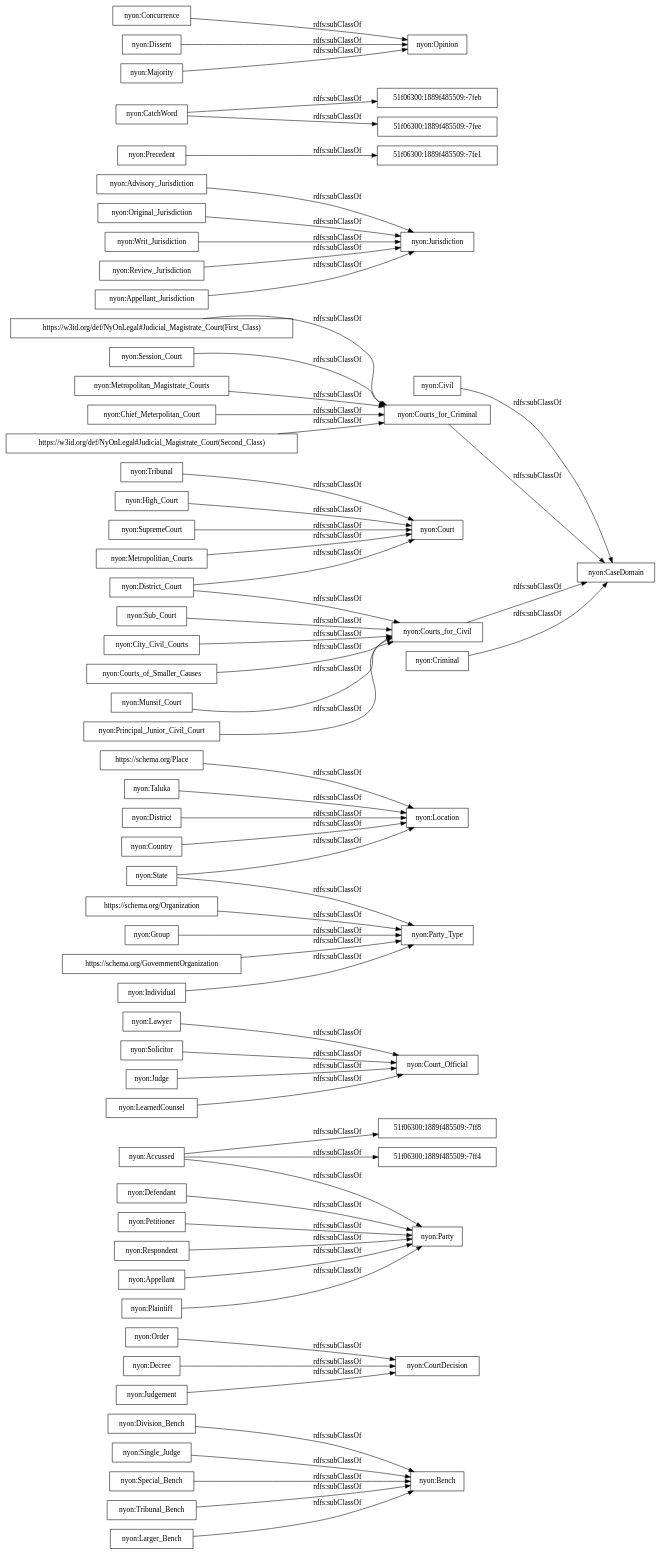
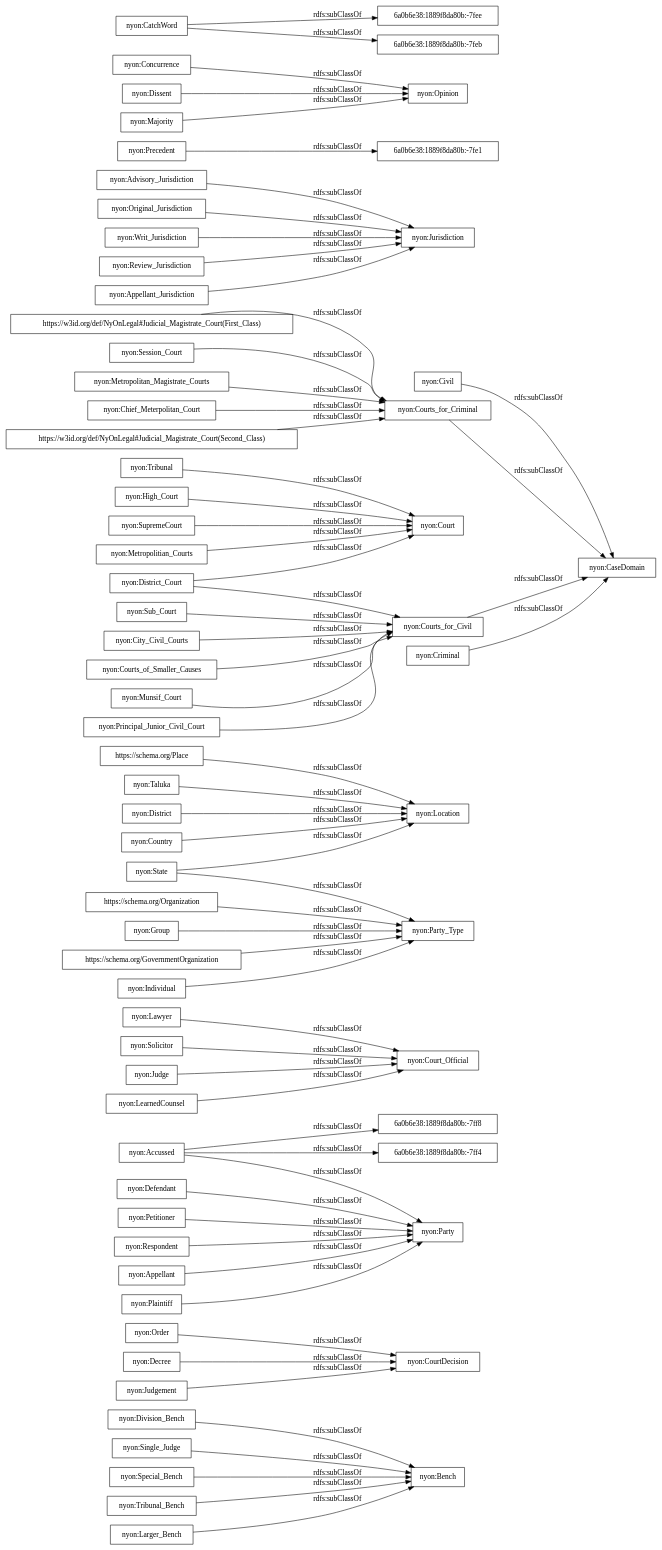
The diagram in OnToology/NyOn.owl/diagrams/ar2dtool-taxonomy/NyOn.owl.png.dot (ahmad88me/NyOn), drawn with Graphviz before and after one commit. The commit also changed 11 other files, not shown here.

```diff
--- a/OnToology/NyOn.owl/diagrams/ar2dtool-taxonomy/NyOn.owl.png.dot
+++ b/OnToology/NyOn.owl/diagrams/ar2dtool-taxonomy/NyOn.owl.png.dot
@@ -1,67 +1,67 @@
 digraph ar2dtool_diagram { 
 rankdir=LR;
 size="1000"
-node [shape = rectangle, color="black"]; "nyon:Division_Bench" "nyon:Order" "nyon:Decree" "nyon:Bench" "nyon:Party" "nyon:Defendant" "nyon:Lawyer" "https://schema.org/Place" "nyon:Accussed" "nyon:Civil" "nyon:Taluka" "nyon:Principal_Junior_Civil_Court" "nyon:Solicitor" "nyon:Advisory_Jurisdiction" "nyon:Single_Judge" "nyon:Session_Court" "nyon:Metropolitan_Magistrate_Courts" "nyon:District_Court" "nyon:Chief_Meterpolitan_Court" "nyon:Original_Jurisdiction" "nyon:Court_Official" "nyon:Precedent" "51f06300:1889f485509:-7feb" "nyon:Court" "nyon:High_Court" "https://w3id.org/def/NyOnLegal#Judicial_Magistrate_Court(Second_Class)" "nyon:State" "nyon:Concurrence" "nyon:Courts_for_Criminal" "nyon:Courts_for_Civil" "51f06300:1889f485509:-7fee" "nyon:Writ_Jurisdiction" "nyon:Location" "nyon:District" "nyon:Review_Jurisdiction" "nyon:SupremeCourt" "nyon:City_Civil_Courts" "nyon:Special_Bench" "nyon:Appellant_Jurisdiction" "nyon:Individual" "nyon:Opinion" "nyon:Judge" "nyon:Courts_of_Smaller_Causes" "nyon:Judgement" "nyon:LearnedCounsel" "nyon:Tribunal_Bench" "nyon:Jurisdiction" "51f06300:1889f485509:-7fe1" "https://schema.org/Organization" "nyon:Metropolitian_Courts" "nyon:Criminal" "nyon:Group" "nyon:Appellant" "nyon:Munsif_Court" "nyon:CatchWord" "nyon:Dissent" "nyon:Party_Type" "nyon:Plaintiff" "nyon:Country" "nyon:CourtDecision" "nyon:Tribunal" "nyon:Majority" "nyon:Petitioner" "nyon:CaseDomain" "nyon:Sub_Court" "51f06300:1889f485509:-7ff4" "https://schema.org/GovernmentOrganization" "nyon:Larger_Bench" "51f06300:1889f485509:-7ff8" "https://w3id.org/def/NyOnLegal#Judicial_Magistrate_Court(First_Class)" "nyon:Respondent" ; /*classes style*/
+node [shape = rectangle, color="black"]; "nyon:Division_Bench" "nyon:Order" "nyon:Decree" "nyon:Bench" "nyon:Party" "nyon:Defendant" "nyon:Lawyer" "https://schema.org/Place" "nyon:Accussed" "nyon:Civil" "nyon:Taluka" "nyon:Principal_Junior_Civil_Court" "nyon:Solicitor" "nyon:Advisory_Jurisdiction" "nyon:Single_Judge" "nyon:Session_Court" "nyon:Metropolitan_Magistrate_Courts" "nyon:District_Court" "nyon:Chief_Meterpolitan_Court" "nyon:Original_Jurisdiction" "nyon:Court_Official" "nyon:Precedent" "nyon:Court" "nyon:High_Court" "https://w3id.org/def/NyOnLegal#Judicial_Magistrate_Court(Second_Class)" "nyon:State" "nyon:Concurrence" "nyon:Courts_for_Criminal" "6a0b6e38:1889f8da80b:-7fee" "nyon:Courts_for_Civil" "6a0b6e38:1889f8da80b:-7ff4" "nyon:Writ_Jurisdiction" "nyon:Location" "nyon:District" "nyon:Review_Jurisdiction" "nyon:City_Civil_Courts" "nyon:Appellant_Jurisdiction" "nyon:SupremeCourt" "nyon:Special_Bench" "nyon:Individual" "nyon:Opinion" "nyon:Judge" "nyon:Courts_of_Smaller_Causes" "nyon:Judgement" "nyon:LearnedCounsel" "nyon:Tribunal_Bench" "nyon:Jurisdiction" "https://schema.org/Organization" "nyon:Metropolitian_Courts" "nyon:Criminal" "nyon:Group" "nyon:Appellant" "nyon:Munsif_Court" "nyon:CatchWord" "6a0b6e38:1889f8da80b:-7fe1" "nyon:Dissent" "nyon:Party_Type" "nyon:Plaintiff" "nyon:Country" "nyon:CourtDecision" "6a0b6e38:1889f8da80b:-7ff8" "nyon:Tribunal" "nyon:Majority" "nyon:Petitioner" "nyon:CaseDomain" "nyon:Sub_Court" "https://schema.org/GovernmentOrganization" "nyon:Larger_Bench" "https://w3id.org/def/NyOnLegal#Judicial_Magistrate_Court(First_Class)" "nyon:Respondent" "6a0b6e38:1889f8da80b:-7feb" ; /*classes style*/
 	"nyon:Writ_Jurisdiction" -> "nyon:Jurisdiction" [ label = "rdfs:subClassOf" ];
 	"nyon:Special_Bench" -> "nyon:Bench" [ label = "rdfs:subClassOf" ];
 	"https://schema.org/Place" -> "nyon:Location" [ label = "rdfs:subClassOf" ];
 	"nyon:Judge" -> "nyon:Court_Official" [ label = "rdfs:subClassOf" ];
 	"nyon:Petitioner" -> "nyon:Party" [ label = "rdfs:subClassOf" ];
 	"https://schema.org/GovernmentOrganization" -> "nyon:Party_Type" [ label = "rdfs:subClassOf" ];
 	"nyon:Original_Jurisdiction" -> "nyon:Jurisdiction" [ label = "rdfs:subClassOf" ];
 	"nyon:Appellant" -> "nyon:Party" [ label = "rdfs:subClassOf" ];
 	"nyon:Order" -> "nyon:CourtDecision" [ label = "rdfs:subClassOf" ];
 	"nyon:Review_Jurisdiction" -> "nyon:Jurisdiction" [ label = "rdfs:subClassOf" ];
 	"https://schema.org/Organization" -> "nyon:Party_Type" [ label = "rdfs:subClassOf" ];
 	"nyon:District_Court" -> "nyon:Courts_for_Civil" [ label = "rdfs:subClassOf" ];
 	"nyon:District_Court" -> "nyon:Court" [ label = "rdfs:subClassOf" ];
 	"nyon:Metropolitian_Courts" -> "nyon:Court" [ label = "rdfs:subClassOf" ];
 	"nyon:Munsif_Court" -> "nyon:Courts_for_Civil" [ label = "rdfs:subClassOf" ];
 	"nyon:Respondent" -> "nyon:Party" [ label = "rdfs:subClassOf" ];
 	"nyon:Chief_Meterpolitan_Court" -> "nyon:Courts_for_Criminal" [ label = "rdfs:subClassOf" ];
 	"nyon:Session_Court" -> "nyon:Courts_for_Criminal" [ label = "rdfs:subClassOf" ];
 	"nyon:Majority" -> "nyon:Opinion" [ label = "rdfs:subClassOf" ];
 	"nyon:LearnedCounsel" -> "nyon:Court_Official" [ label = "rdfs:subClassOf" ];
 	"nyon:SupremeCourt" -> "nyon:Court" [ label = "rdfs:subClassOf" ];
 	"nyon:Larger_Bench" -> "nyon:Bench" [ label = "rdfs:subClassOf" ];
 	"nyon:Single_Judge" -> "nyon:Bench" [ label = "rdfs:subClassOf" ];
 	"nyon:Dissent" -> "nyon:Opinion" [ label = "rdfs:subClassOf" ];
 	"nyon:City_Civil_Courts" -> "nyon:Courts_for_Civil" [ label = "rdfs:subClassOf" ];
 	"nyon:District" -> "nyon:Location" [ label = "rdfs:subClassOf" ];
 	"nyon:Decree" -> "nyon:CourtDecision" [ label = "rdfs:subClassOf" ];
 	"nyon:High_Court" -> "nyon:Court" [ label = "rdfs:subClassOf" ];
 	"nyon:Courts_for_Civil" -> "nyon:CaseDomain" [ label = "rdfs:subClassOf" ];
 	"nyon:Sub_Court" -> "nyon:Courts_for_Civil" [ label = "rdfs:subClassOf" ];
 	"nyon:Civil" -> "nyon:CaseDomain" [ label = "rdfs:subClassOf" ];
 	"nyon:Plaintiff" -> "nyon:Party" [ label = "rdfs:subClassOf" ];
 	"nyon:State" -> "nyon:Party_Type" [ label = "rdfs:subClassOf" ];
 	"nyon:State" -> "nyon:Location" [ label = "rdfs:subClassOf" ];
 	"nyon:Criminal" -> "nyon:CaseDomain" [ label = "rdfs:subClassOf" ];
 	"nyon:Principal_Junior_Civil_Court" -> "nyon:Courts_for_Civil" [ label = "rdfs:subClassOf" ];
 	"nyon:Tribunal" -> "nyon:Court" [ label = "rdfs:subClassOf" ];
 	"https://w3id.org/def/NyOnLegal#Judicial_Magistrate_Court(Second_Class)" -> "nyon:Courts_for_Criminal" [ label = "rdfs:subClassOf" ];
 	"nyon:Courts_for_Criminal" -> "nyon:CaseDomain" [ label = "rdfs:subClassOf" ];
-	"nyon:Precedent" -> "51f06300:1889f485509:-7fe1" [ label = "rdfs:subClassOf" ];
+	"nyon:Precedent" -> "6a0b6e38:1889f8da80b:-7fe1" [ label = "rdfs:subClassOf" ];
 	"nyon:Concurrence" -> "nyon:Opinion" [ label = "rdfs:subClassOf" ];
-	"nyon:CatchWord" -> "51f06300:1889f485509:-7feb" [ label = "rdfs:subClassOf" ];
-	"nyon:CatchWord" -> "51f06300:1889f485509:-7fee" [ label = "rdfs:subClassOf" ];
+	"nyon:CatchWord" -> "6a0b6e38:1889f8da80b:-7feb" [ label = "rdfs:subClassOf" ];
+	"nyon:CatchWord" -> "6a0b6e38:1889f8da80b:-7fee" [ label = "rdfs:subClassOf" ];
 	"nyon:Solicitor" -> "nyon:Court_Official" [ label = "rdfs:subClassOf" ];
 	"nyon:Courts_of_Smaller_Causes" -> "nyon:Courts_for_Civil" [ label = "rdfs:subClassOf" ];
 	"nyon:Defendant" -> "nyon:Party" [ label = "rdfs:subClassOf" ];
-	"nyon:Accussed" -> "51f06300:1889f485509:-7ff4" [ label = "rdfs:subClassOf" ];
-	"nyon:Accussed" -> "51f06300:1889f485509:-7ff8" [ label = "rdfs:subClassOf" ];
+	"nyon:Accussed" -> "6a0b6e38:1889f8da80b:-7ff4" [ label = "rdfs:subClassOf" ];
+	"nyon:Accussed" -> "6a0b6e38:1889f8da80b:-7ff8" [ label = "rdfs:subClassOf" ];
 	"nyon:Accussed" -> "nyon:Party" [ label = "rdfs:subClassOf" ];
 	"nyon:Group" -> "nyon:Party_Type" [ label = "rdfs:subClassOf" ];
 	"nyon:Country" -> "nyon:Location" [ label = "rdfs:subClassOf" ];
 	"nyon:Tribunal_Bench" -> "nyon:Bench" [ label = "rdfs:subClassOf" ];
 	"nyon:Lawyer" -> "nyon:Court_Official" [ label = "rdfs:subClassOf" ];
 	"nyon:Taluka" -> "nyon:Location" [ label = "rdfs:subClassOf" ];
 	"nyon:Judgement" -> "nyon:CourtDecision" [ label = "rdfs:subClassOf" ];
 	"nyon:Division_Bench" -> "nyon:Bench" [ label = "rdfs:subClassOf" ];
 	"nyon:Advisory_Jurisdiction" -> "nyon:Jurisdiction" [ label = "rdfs:subClassOf" ];
 	"nyon:Metropolitan_Magistrate_Courts" -> "nyon:Courts_for_Criminal" [ label = "rdfs:subClassOf" ];
 	"nyon:Appellant_Jurisdiction" -> "nyon:Jurisdiction" [ label = "rdfs:subClassOf" ];
 	"nyon:Individual" -> "nyon:Party_Type" [ label = "rdfs:subClassOf" ];
 	"https://w3id.org/def/NyOnLegal#Judicial_Magistrate_Court(First_Class)" -> "nyon:Courts_for_Criminal" [ label = "rdfs:subClassOf" ];
 
 }
```
